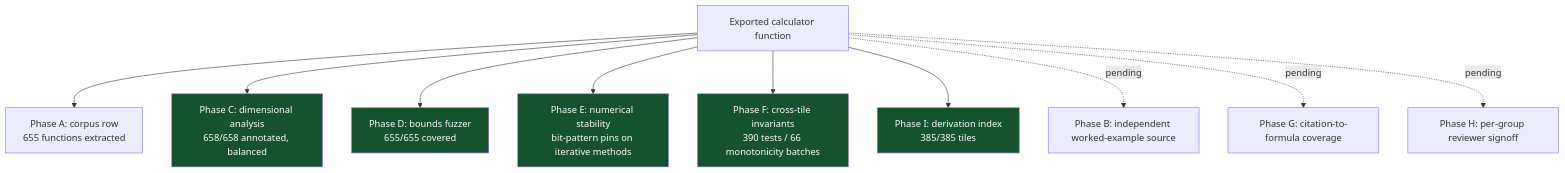
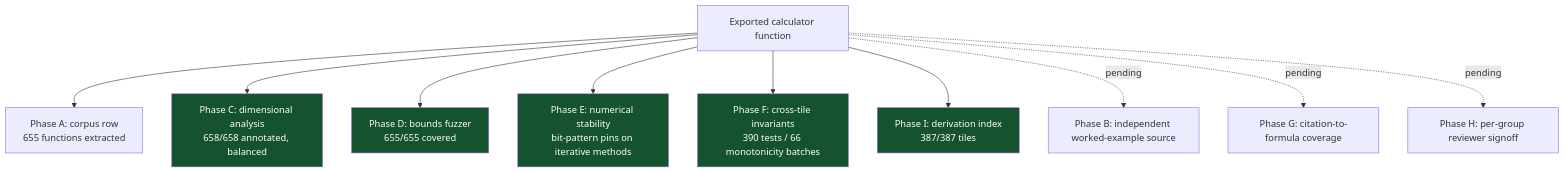
Before and after one commit to clay-good/roughlogic.com: the fourth of 5 diagrams in README.md, drawn with Mermaid. The commit also changed other lines of this file and 16 other files, not shown here.

````diff
--- a/README.md
+++ b/README.md
@@ -204,17 +204,17 @@
 ```mermaid
 flowchart TB
     F[Exported calculator function] --> A[Phase A: corpus row\n655 functions extracted]
     F --> C[Phase C: dimensional analysis\n658/658 annotated, balanced]
     F --> D[Phase D: bounds fuzzer\n655/655 covered]
     F --> E[Phase E: numerical stability\nbit-pattern pins on iterative methods]
     F --> Fa[Phase F: cross-tile invariants\n390 tests / 66 monotonicity batches]
-    F --> I[Phase I: derivation index\n385/385 tiles]
+    F --> I[Phase I: derivation index\n387/387 tiles]
     F -.pending.-> B[Phase B: independent worked-example source]
     F -.pending.-> G[Phase G: citation-to-formula coverage]
     F -.pending.-> H[Phase H: per-group reviewer signoff]
     style C fill:#14532d,color:#fff
     style D fill:#14532d,color:#fff
     style E fill:#14532d,color:#fff
     style Fa fill:#14532d,color:#fff
     style I fill:#14532d,color:#fff
 ```
````
